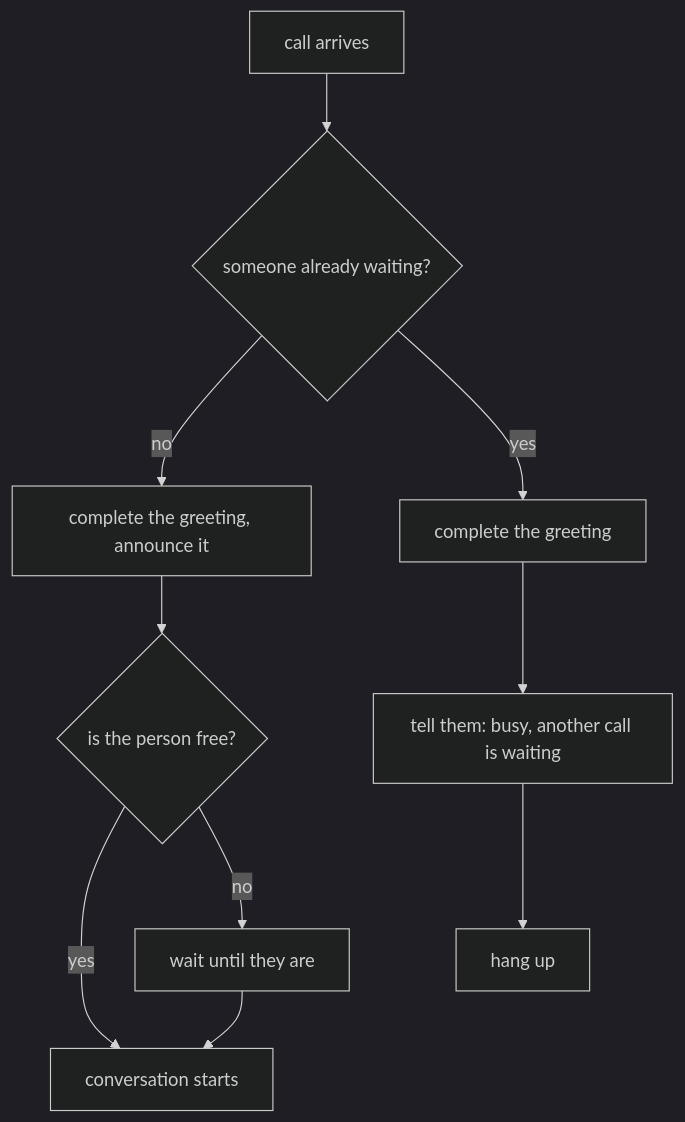
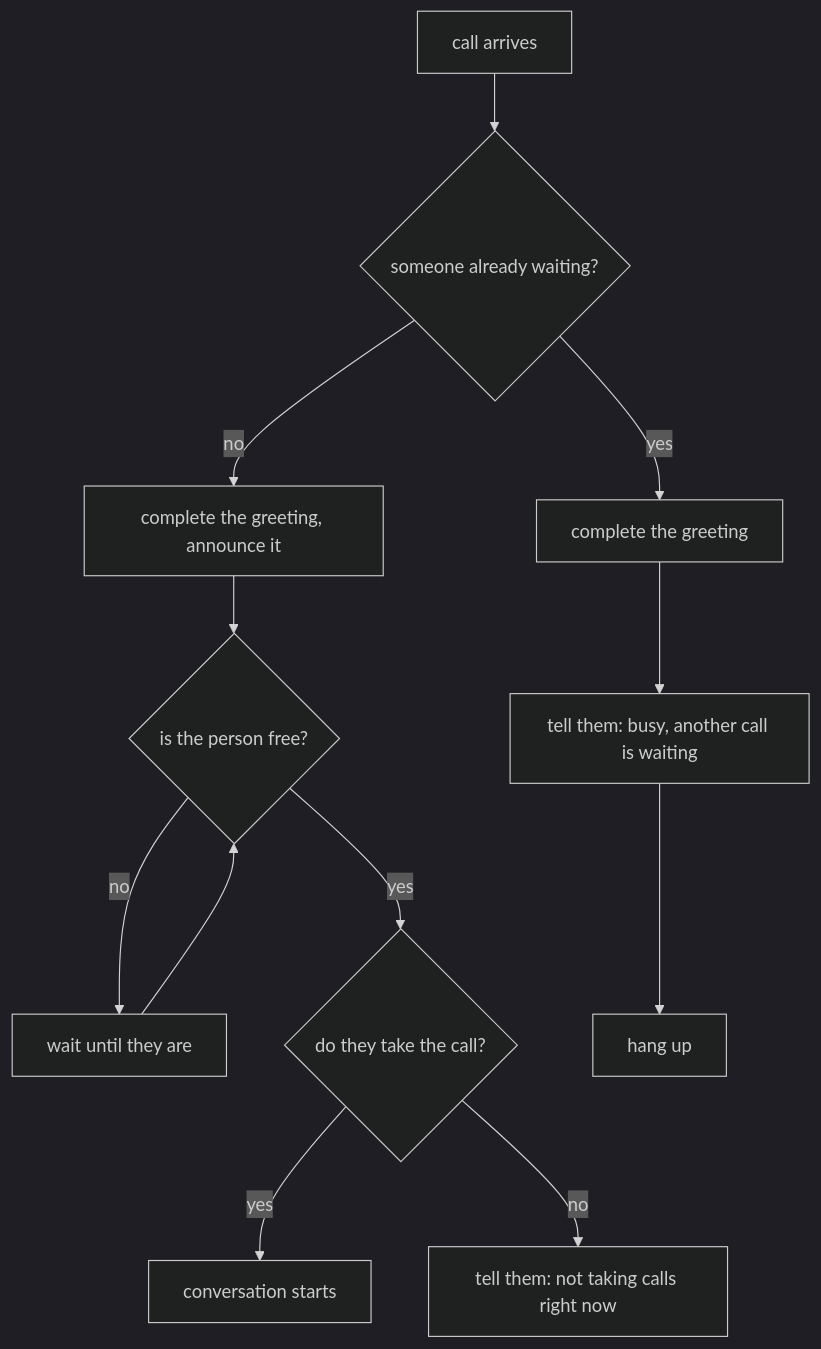
Before and after one commit to Serajian/homa: the second of 6 diagrams in README.md, drawn with Mermaid (dark theme). The commit also changed other lines of this file and 9 other files, not shown here.

````diff
--- a/README.md
+++ b/README.md
@@ -191,12 +195,14 @@
 ```mermaid
 flowchart TD
     A[call arrives] --> B{someone already waiting?}
     B -- no --> C[complete the greeting, announce it]
     C --> D{is the person free?}
-    D -- yes --> E[conversation starts]
     D -- no --> I[wait until they are]
-    I --> E
+    I --> D
+    D -- yes --> J{do they take the call?}
+    J -- yes --> E[conversation starts]
+    J -- no --> K["tell them: not taking calls right now"]
     B -- yes --> F[complete the greeting]
     F --> G["tell them: busy, another call is waiting"]
     G --> H[hang up]
 ```
````
